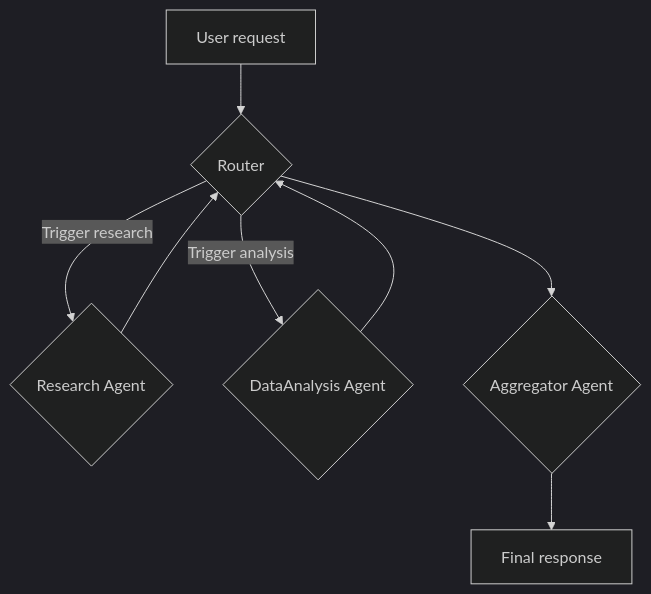
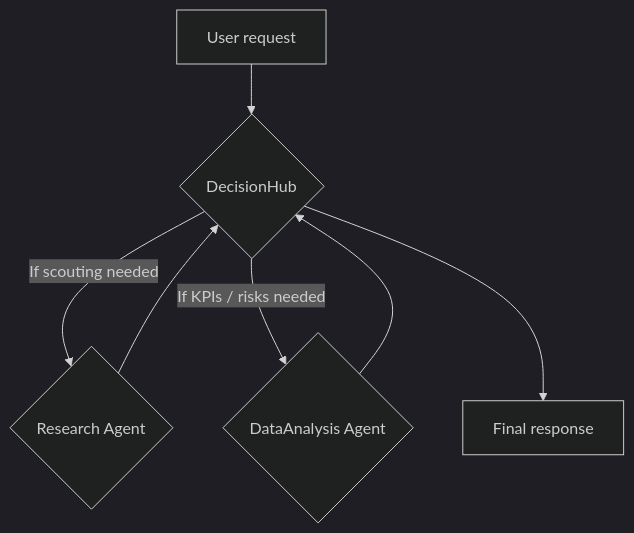
One commit to Rkomi98/Datapizza changed the first of 2 diagrams in DatapizzAI/PizzAI/Agents/README_AGENT_COMPLETE_GUIDE_EN.md. Above: the diagram before and after it, drawn with Mermaid (dark theme). The commit also changed other lines of this file, not shown here.

````diff
--- a/DatapizzAI/PizzAI/Agents/README_AGENT_COMPLETE_GUIDE_EN.md
+++ b/DatapizzAI/PizzAI/Agents/README_AGENT_COMPLETE_GUIDE_EN.md
@@ -91,10 +91,9 @@
 ```mermaid
 graph TD
-    U["User request"] --> T{"Router"}
-    T -->|Trigger research| R{"Research Agent"}
-    T -->|Trigger analysis| D{"DataAnalysis Agent"}
-    R --> T
-    D --> T
-    T --> G{"Aggregator Agent"}
-    G --> F["Final response"]
+    U["User request"] --> H{"DecisionHub"}
+    H -->|If scouting needed| R{"Research Agent"}
+    H -->|If KPIs / risks needed| D{"DataAnalysis Agent"}
+    R --> H
+    D --> H
+    H --> F["Final response"]
 ```
````
